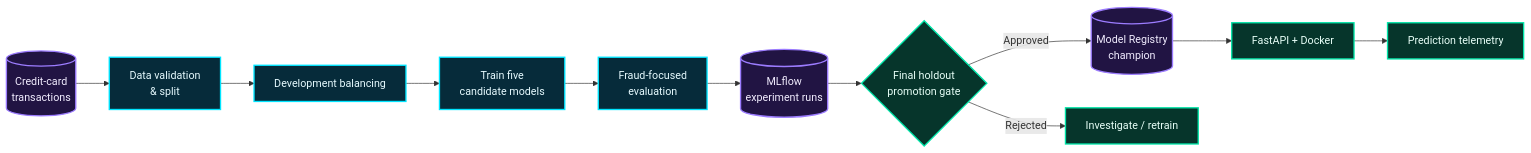
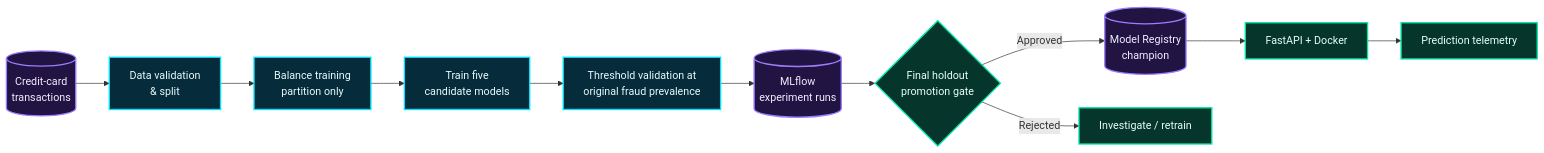
The first of 6 diagrams in README.md (rachit-bhatt/Fraud-Detection), drawn with Mermaid before and after one commit. The commit also changed other lines of this file and 3 other files, not shown here.

````diff
--- a/README.md
+++ b/README.md
@@ -26,20 +26,20 @@
 ```mermaid
 flowchart LR
     A[(Credit-card<br/>transactions)] --> B[Data validation<br/>& split]
-    B --> C[Development balancing]
+    B --> C[Balance training<br/>partition only]
     C --> D[Train five<br/>candidate models]
-    D --> E[Fraud-focused<br/>evaluation]
+    D --> E[Threshold validation at<br/>original fraud prevalence]
     E --> F[(MLflow<br/>experiment runs)]
     F --> G{Final holdout<br/>promotion gate}
     G -->|Approved| H[(Model Registry<br/>champion)]
     G -->|Rejected| I[Investigate / retrain]
     H --> J[FastAPI + Docker]
     J --> K[Prediction telemetry]
 
     classDef cyan fill:#062b3a,stroke:#00e5ff,color:#e7fbff,stroke-width:2px;
     classDef violet fill:#211443,stroke:#9c7cff,color:#f2edff,stroke-width:2px;
     classDef green fill:#06352b,stroke:#00e5a8,color:#e8fff8,stroke-width:2px;
     class A,F,H violet;
     class B,C,D,E cyan;
     class G,I,J,K green;
 ```
````
